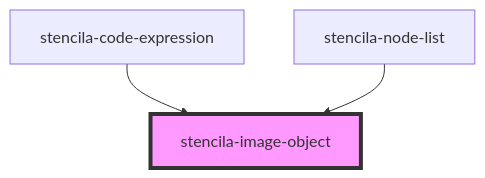
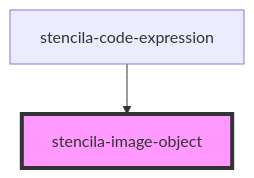
One commit to stencila/designa changed the diagram in packages/components/src/components/imageObject/readme.md. Above: the diagram before and after it, drawn with Mermaid. The commit also changed other lines of this file and 7 other files, not shown here.

````diff
--- a/packages/components/src/components/imageObject/readme.md
+++ b/packages/components/src/components/imageObject/readme.md
@@ -21,6 +20,5 @@
 ```mermaid
 graph TD;
   stencila-code-expression --> stencila-image-object
-  stencila-node-list --> stencila-image-object
   style stencila-image-object fill:#f9f,stroke:#333,stroke-width:4px
 ```
````
